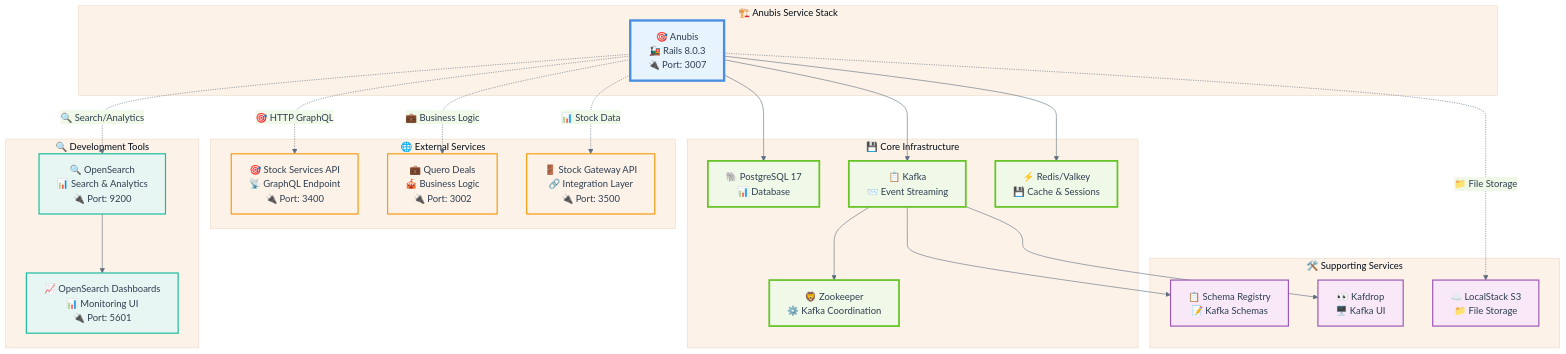
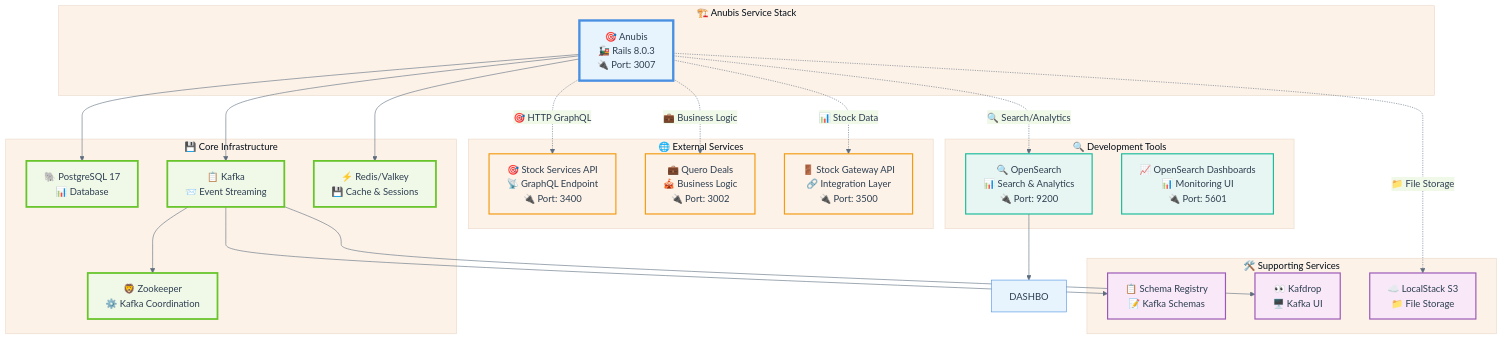
Before and after one commit to enogrob/project-qeevo-anubis: the diagram in docs/test-specification.md, drawn with Mermaid. The commit also changed other lines of this file, not shown here.

````diff
--- a/docs/test-specification.md
+++ b/docs/test-specification.md
@@ -17,76 +17,76 @@
 ```mermaid
 %%{init: {
   'theme':'base',
   'themeVariables': {
     'primaryColor':'#E8F4FD',
     'primaryBorderColor':'#4A90E2',
     'primaryTextColor':'#2C3E50',
     'secondaryColor':'#F0F8E8',
     'tertiaryColor':'#FDF2E8',
     'quaternaryColor':'#F8E8F8',
     'lineColor':'#5D6D7E',
     'fontFamily':'Inter,Segoe UI,Arial'
   }
 }}%%
 graph TB
     subgraph "🏗️ Anubis Service Stack"
         ANUBIS[🎯 Anubis<br/>🚂 Rails 8.0.3<br/>🔌 Port: 3007]
     end
     
     subgraph "💾 Core Infrastructure"
         PG17[🐘 PostgreSQL 17<br/>📊 Database]
         KAFKA[📋 Kafka<br/>📨 Event Streaming]
         REDIS[⚡ Redis/Valkey<br/>💾 Cache & Sessions]
         ZOO[🦁 Zookeeper<br/>⚙️ Kafka Coordination]
     end
     
     subgraph "🌐 External Services"
         STOCK[🎯 Stock Services API<br/>📡 GraphQL Endpoint<br/>🔌 Port: 3400]
         DEALS[💼 Quero Deals<br/>🎪 Business Logic<br/>🔌 Port: 3002]
         GATEWAY[🚪 Stock Gateway API<br/>🔗 Integration Layer<br/>🔌 Port: 3500]
     end
     
     subgraph "🛠️ Supporting Services"
         SCHEMA[📋 Schema Registry<br/>📝 Kafka Schemas]
         KAFDROP[👀 Kafdrop<br/>🖥️ Kafka UI]
         LOCALSTACK[☁️ LocalStack S3<br/>📁 File Storage]
     end
     
     subgraph "🔍 Development Tools"
         OPENSEARCH[🔍 OpenSearch<br/>📊 Search & Analytics<br/>🔌 Port: 9200]
         DASHBOARDS[📈 OpenSearch Dashboards<br/>📊 Monitoring UI<br/>🔌 Port: 5601]
     end
     
     %% Core Dependencies
     ANUBIS --> PG17
     ANUBIS --> KAFKA
     ANUBIS --> REDIS
     
     %% External API Dependencies
     ANUBIS -.->|🎯 HTTP GraphQL| STOCK
     ANUBIS -.->|💼 Business Logic| DEALS
     ANUBIS -.->|📊 Stock Data| GATEWAY
     
     %% Infrastructure Dependencies
     KAFKA --> ZOO
     KAFKA --> SCHEMA
     KAFKA --> KAFDROP
     
     %% Development Dependencies
     ANUBIS -.->|🔍 Search/Analytics| OPENSEARCH
-    OPENSEARCH --> DASHBOARDS
+    OPENSEARCH --> DASHBO
     ANUBIS -.->|📁 File Storage| LOCALSTACK
     
     %% Styling with pastel colors for light/dark theme compatibility
     classDef anubisStyle fill:#E8F4FD,stroke:#4A90E2,stroke-width:4px
     classDef coreStyle fill:#F0F8E8,stroke:#67C52A,stroke-width:3px
     classDef externalStyle fill:#FDF2E8,stroke:#F39C12,stroke-width:2px
     classDef supportStyle fill:#F8E8F8,stroke:#9B59B6,stroke-width:2px
     classDef devStyle fill:#E8F6F3,stroke:#1ABC9C,stroke-width:2px
     
     class ANUBIS anubisStyle
     class PG17,KAFKA,REDIS,ZOO coreStyle
     class STOCK,DEALS,GATEWAY externalStyle
     class SCHEMA,KAFDROP,LOCALSTACK supportStyle
     class OPENSEARCH,DASHBOARDS devStyle
 ```
````
